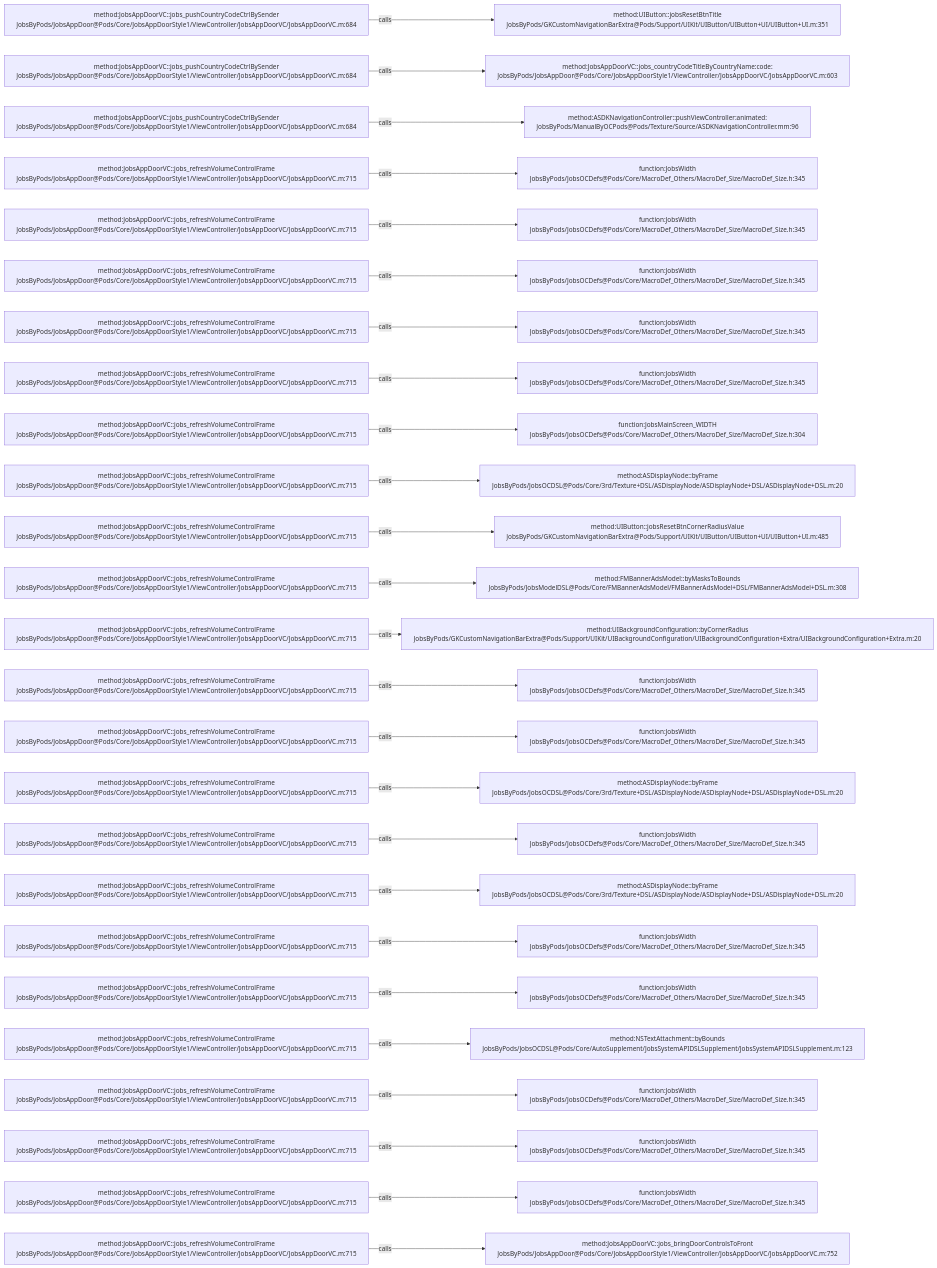
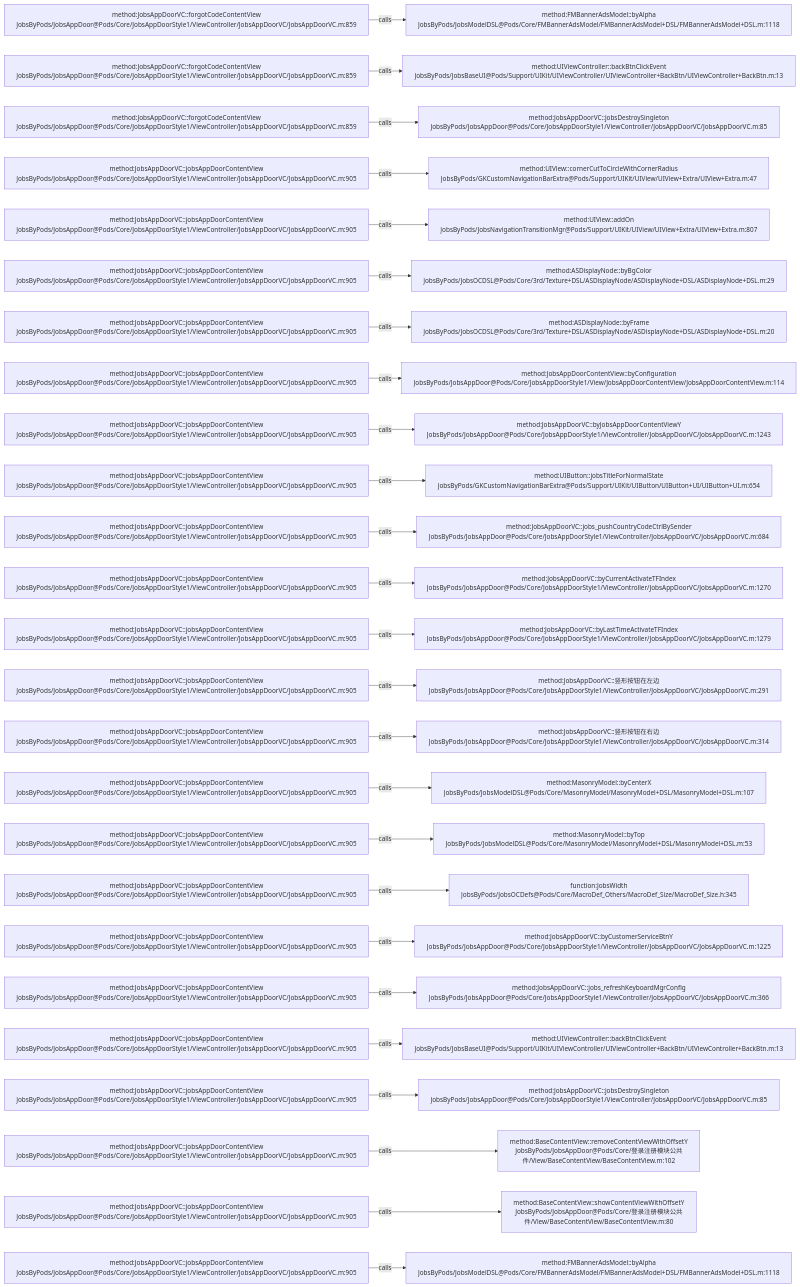
Before and after one commit to JobsKits/JobsOCBaseConfigDemo: the diagram in .codegraph/codegraph.md/graphs/calls-112.md, drawn with Mermaid. The commit also changed 223 other files, not shown here.

````diff
--- a/.codegraph/codegraph.md/graphs/calls-112.md
+++ b/.codegraph/codegraph.md/graphs/calls-112.md
@@ -13,78 +13,78 @@
 ```mermaid
 flowchart LR
-  S1["method:JobsAppDoorVC::jobs_pushCountryCodeCtrlBySender<br/>JobsByPods/JobsAppDoor@Pods/Core/JobsAppDoorStyle1/ViewController/JobsAppDoorVC/JobsAppDoorVC.m:684"]
-  T1["method:UIButton::jobsResetBtnTitle<br/>JobsByPods/GKCustomNavigationBarExtra@Pods/Support/UIKit/UIButton/UIButton+UI/UIButton+UI.m:351"]
+  S1["method:JobsAppDoorVC::forgotCodeContentView<br/>JobsByPods/JobsAppDoor@Pods/Core/JobsAppDoorStyle1/ViewController/JobsAppDoorVC/JobsAppDoorVC.m:859"]
+  T1["method:FMBannerAdsModel::byAlpha<br/>JobsByPods/JobsModelDSL@Pods/Core/FMBannerAdsModel/FMBannerAdsModel+DSL/FMBannerAdsModel+DSL.m:1118"]
   S1 -->|calls| T1
-  S2["method:JobsAppDoorVC::jobs_pushCountryCodeCtrlBySender<br/>JobsByPods/JobsAppDoor@Pods/Core/JobsAppDoorStyle1/ViewController/JobsAppDoorVC/JobsAppDoorVC.m:684"]
-  T2["method:JobsAppDoorVC::jobs_countryCodeTitleByCountryName:code:<br/>JobsByPods/JobsAppDoor@Pods/Core/JobsAppDoorStyle1/ViewController/JobsAppDoorVC/JobsAppDoorVC.m:603"]
+  S2["method:JobsAppDoorVC::forgotCodeContentView<br/>JobsByPods/JobsAppDoor@Pods/Core/JobsAppDoorStyle1/ViewController/JobsAppDoorVC/JobsAppDoorVC.m:859"]
+  T2["method:UIViewController::backBtnClickEvent<br/>JobsByPods/JobsBaseUI@Pods/Support/UIKit/UIViewController/UIViewController+BackBtn/UIViewController+BackBtn.m:13"]
   S2 -->|calls| T2
-  S3["method:JobsAppDoorVC::jobs_pushCountryCodeCtrlBySender<br/>JobsByPods/JobsAppDoor@Pods/Core/JobsAppDoorStyle1/ViewController/JobsAppDoorVC/JobsAppDoorVC.m:684"]
-  T3["method:ASDKNavigationController::pushViewController:animated:<br/>JobsByPods/ManualByOCPods@Pods/Texture/Source/ASDKNavigationController.mm:96"]
+  S3["method:JobsAppDoorVC::forgotCodeContentView<br/>JobsByPods/JobsAppDoor@Pods/Core/JobsAppDoorStyle1/ViewController/JobsAppDoorVC/JobsAppDoorVC.m:859"]
+  T3["method:JobsAppDoorVC::jobsDestroySingleton<br/>JobsByPods/JobsAppDoor@Pods/Core/JobsAppDoorStyle1/ViewController/JobsAppDoorVC/JobsAppDoorVC.m:85"]
   S3 -->|calls| T3
-  S4["method:JobsAppDoorVC::jobs_refreshVolumeControlFrame<br/>JobsByPods/JobsAppDoor@Pods/Core/JobsAppDoorStyle1/ViewController/JobsAppDoorVC/JobsAppDoorVC.m:715"]
-  T4["function:JobsWidth<br/>JobsByPods/JobsOCDefs@Pods/Core/MacroDef_Others/MacroDef_Size/MacroDef_Size.h:345"]
+  S4["method:JobsAppDoorVC::jobsAppDoorContentView<br/>JobsByPods/JobsAppDoor@Pods/Core/JobsAppDoorStyle1/ViewController/JobsAppDoorVC/JobsAppDoorVC.m:905"]
+  T4["method:UIView::cornerCutToCircleWithCornerRadius<br/>JobsByPods/GKCustomNavigationBarExtra@Pods/Support/UIKit/UIView/UIView+Extra/UIView+Extra.m:47"]
   S4 -->|calls| T4
-  S5["method:JobsAppDoorVC::jobs_refreshVolumeControlFrame<br/>JobsByPods/JobsAppDoor@Pods/Core/JobsAppDoorStyle1/ViewController/JobsAppDoorVC/JobsAppDoorVC.m:715"]
-  T5["function:JobsWidth<br/>JobsByPods/JobsOCDefs@Pods/Core/MacroDef_Others/MacroDef_Size/MacroDef_Size.h:345"]
+  S5["method:JobsAppDoorVC::jobsAppDoorContentView<br/>JobsByPods/JobsAppDoor@Pods/Core/JobsAppDoorStyle1/ViewController/JobsAppDoorVC/JobsAppDoorVC.m:905"]
+  T5["method:UIView::addOn<br/>JobsByPods/JobsNavigationTransitionMgr@Pods/Support/UIKit/UIView/UIView+Extra/UIView+Extra.m:807"]
   S5 -->|calls| T5
-  S6["method:JobsAppDoorVC::jobs_refreshVolumeControlFrame<br/>JobsByPods/JobsAppDoor@Pods/Core/JobsAppDoorStyle1/ViewController/JobsAppDoorVC/JobsAppDoorVC.m:715"]
-  T6["function:JobsWidth<br/>JobsByPods/JobsOCDefs@Pods/Core/MacroDef_Others/MacroDef_Size/MacroDef_Size.h:345"]
+  S6["method:JobsAppDoorVC::jobsAppDoorContentView<br/>JobsByPods/JobsAppDoor@Pods/Core/JobsAppDoorStyle1/ViewController/JobsAppDoorVC/JobsAppDoorVC.m:905"]
+  T6["method:ASDisplayNode::byBgColor<br/>JobsByPods/JobsOCDSL@Pods/Core/3rd/Texture+DSL/ASDisplayNode/ASDisplayNode+DSL/ASDisplayNode+DSL.m:29"]
   S6 -->|calls| T6
-  S7["method:JobsAppDoorVC::jobs_refreshVolumeControlFrame<br/>JobsByPods/JobsAppDoor@Pods/Core/JobsAppDoorStyle1/ViewController/JobsAppDoorVC/JobsAppDoorVC.m:715"]
-  T7["function:JobsWidth<br/>JobsByPods/JobsOCDefs@Pods/Core/MacroDef_Others/MacroDef_Size/MacroDef_Size.h:345"]
+  S7["method:JobsAppDoorVC::jobsAppDoorContentView<br/>JobsByPods/JobsAppDoor@Pods/Core/JobsAppDoorStyle1/ViewController/JobsAppDoorVC/JobsAppDoorVC.m:905"]
+  T7["method:ASDisplayNode::byFrame<br/>JobsByPods/JobsOCDSL@Pods/Core/3rd/Texture+DSL/ASDisplayNode/ASDisplayNode+DSL/ASDisplayNode+DSL.m:20"]
   S7 -->|calls| T7
-  S8["method:JobsAppDoorVC::jobs_refreshVolumeControlFrame<br/>JobsByPods/JobsAppDoor@Pods/Core/JobsAppDoorStyle1/ViewController/JobsAppDoorVC/JobsAppDoorVC.m:715"]
-  T8["function:JobsWidth<br/>JobsByPods/JobsOCDefs@Pods/Core/MacroDef_Others/MacroDef_Size/MacroDef_Size.h:345"]
+  S8["method:JobsAppDoorVC::jobsAppDoorContentView<br/>JobsByPods/JobsAppDoor@Pods/Core/JobsAppDoorStyle1/ViewController/JobsAppDoorVC/JobsAppDoorVC.m:905"]
+  T8["method:JobsAppDoorContentView::byConfiguration<br/>JobsByPods/JobsAppDoor@Pods/Core/JobsAppDoorStyle1/View/JobsAppDoorContentView/JobsAppDoorContentView.m:114"]
   S8 -->|calls| T8
-  S9["method:JobsAppDoorVC::jobs_refreshVolumeControlFrame<br/>JobsByPods/JobsAppDoor@Pods/Core/JobsAppDoorStyle1/ViewController/JobsAppDoorVC/JobsAppDoorVC.m:715"]
-  T9["function:JobsMainScreen_WIDTH<br/>JobsByPods/JobsOCDefs@Pods/Core/MacroDef_Others/MacroDef_Size/MacroDef_Size.h:304"]
+  S9["method:JobsAppDoorVC::jobsAppDoorContentView<br/>JobsByPods/JobsAppDoor@Pods/Core/JobsAppDoorStyle1/ViewController/JobsAppDoorVC/JobsAppDoorVC.m:905"]
+  T9["method:JobsAppDoorVC::byJobsAppDoorContentViewY<br/>JobsByPods/JobsAppDoor@Pods/Core/JobsAppDoorStyle1/ViewController/JobsAppDoorVC/JobsAppDoorVC.m:1243"]
   S9 -->|calls| T9
-  S10["method:JobsAppDoorVC::jobs_refreshVolumeControlFrame<br/>JobsByPods/JobsAppDoor@Pods/Core/JobsAppDoorStyle1/ViewController/JobsAppDoorVC/JobsAppDoorVC.m:715"]
-  T10["method:ASDisplayNode::byFrame<br/>JobsByPods/JobsOCDSL@Pods/Core/3rd/Texture+DSL/ASDisplayNode/ASDisplayNode+DSL/ASDisplayNode+DSL.m:20"]
+  S10["method:JobsAppDoorVC::jobsAppDoorContentView<br/>JobsByPods/JobsAppDoor@Pods/Core/JobsAppDoorStyle1/ViewController/JobsAppDoorVC/JobsAppDoorVC.m:905"]
+  T10["method:UIButton::jobsTitleForNormalState<br/>JobsByPods/GKCustomNavigationBarExtra@Pods/Support/UIKit/UIButton/UIButton+UI/UIButton+UI.m:654"]
   S10 -->|calls| T10
-  S11["method:JobsAppDoorVC::jobs_refreshVolumeControlFrame<br/>JobsByPods/JobsAppDoor@Pods/Core/JobsAppDoorStyle1/ViewController/JobsAppDoorVC/JobsAppDoorVC.m:715"]
-  T11["method:UIButton::jobsResetBtnCornerRadiusValue<br/>JobsByPods/GKCustomNavigationBarExtra@Pods/Support/UIKit/UIButton/UIButton+UI/UIButton+UI.m:485"]
+  S11["method:JobsAppDoorVC::jobsAppDoorContentView<br/>JobsByPods/JobsAppDoor@Pods/Core/JobsAppDoorStyle1/ViewController/JobsAppDoorVC/JobsAppDoorVC.m:905"]
+  T11["method:JobsAppDoorVC::jobs_pushCountryCodeCtrlBySender<br/>JobsByPods/JobsAppDoor@Pods/Core/JobsAppDoorStyle1/ViewController/JobsAppDoorVC/JobsAppDoorVC.m:684"]
   S11 -->|calls| T11
-  S12["method:JobsAppDoorVC::jobs_refreshVolumeControlFrame<br/>JobsByPods/JobsAppDoor@Pods/Core/JobsAppDoorStyle1/ViewController/JobsAppDoorVC/JobsAppDoorVC.m:715"]
-  T12["method:FMBannerAdsModel::byMasksToBounds<br/>JobsByPods/JobsModelDSL@Pods/Core/FMBannerAdsModel/FMBannerAdsModel+DSL/FMBannerAdsModel+DSL.m:308"]
+  S12["method:JobsAppDoorVC::jobsAppDoorContentView<br/>JobsByPods/JobsAppDoor@Pods/Core/JobsAppDoorStyle1/ViewController/JobsAppDoorVC/JobsAppDoorVC.m:905"]
+  T12["method:JobsAppDoorVC::byCurrentActivateTFIndex<br/>JobsByPods/JobsAppDoor@Pods/Core/JobsAppDoorStyle1/ViewController/JobsAppDoorVC/JobsAppDoorVC.m:1270"]
   S12 -->|calls| T12
-  S13["method:JobsAppDoorVC::jobs_refreshVolumeControlFrame<br/>JobsByPods/JobsAppDoor@Pods/Core/JobsAppDoorStyle1/ViewController/JobsAppDoorVC/JobsAppDoorVC.m:715"]
-  T13["method:UIBackgroundConfiguration::byCornerRadius<br/>JobsByPods/GKCustomNavigationBarExtra@Pods/Support/UIKit/UIBackgroundConfiguration/UIBackgroundConfiguration+Extra/UIBackgroundConfiguration+Extra.m:20"]
+  S13["method:JobsAppDoorVC::jobsAppDoorContentView<br/>JobsByPods/JobsAppDoor@Pods/Core/JobsAppDoorStyle1/ViewController/JobsAppDoorVC/JobsAppDoorVC.m:905"]
+  T13["method:JobsAppDoorVC::byLastTimeActivateTFIndex<br/>JobsByPods/JobsAppDoor@Pods/Core/JobsAppDoorStyle1/ViewController/JobsAppDoorVC/JobsAppDoorVC.m:1279"]
   S13 -->|calls| T13
-  S14["method:JobsAppDoorVC::jobs_refreshVolumeControlFrame<br/>JobsByPods/JobsAppDoor@Pods/Core/JobsAppDoorStyle1/ViewController/JobsAppDoorVC/JobsAppDoorVC.m:715"]
-  T14["function:JobsWidth<br/>JobsByPods/JobsOCDefs@Pods/Core/MacroDef_Others/MacroDef_Size/MacroDef_Size.h:345"]
+  S14["method:JobsAppDoorVC::jobsAppDoorContentView<br/>JobsByPods/JobsAppDoor@Pods/Core/JobsAppDoorStyle1/ViewController/JobsAppDoorVC/JobsAppDoorVC.m:905"]
+  T14["method:JobsAppDoorVC::竖形按钮在左边<br/>JobsByPods/JobsAppDoor@Pods/Core/JobsAppDoorStyle1/ViewController/JobsAppDoorVC/JobsAppDoorVC.m:291"]
   S14 -->|calls| T14
-  S15["method:JobsAppDoorVC::jobs_refreshVolumeControlFrame<br/>JobsByPods/JobsAppDoor@Pods/Core/JobsAppDoorStyle1/ViewController/JobsAppDoorVC/JobsAppDoorVC.m:715"]
-  T15["function:JobsWidth<br/>JobsByPods/JobsOCDefs@Pods/Core/MacroDef_Others/MacroDef_Size/MacroDef_Size.h:345"]
+  S15["method:JobsAppDoorVC::jobsAppDoorContentView<br/>JobsByPods/JobsAppDoor@Pods/Core/JobsAppDoorStyle1/ViewController/JobsAppDoorVC/JobsAppDoorVC.m:905"]
+  T15["method:JobsAppDoorVC::竖形按钮在右边<br/>JobsByPods/JobsAppDoor@Pods/Core/JobsAppDoorStyle1/ViewController/JobsAppDoorVC/JobsAppDoorVC.m:314"]
   S15 -->|calls| T15
-  S16["method:JobsAppDoorVC::jobs_refreshVolumeControlFrame<br/>JobsByPods/JobsAppDoor@Pods/Core/JobsAppDoorStyle1/ViewController/JobsAppDoorVC/JobsAppDoorVC.m:715"]
-  T16["method:ASDisplayNode::byFrame<br/>JobsByPods/JobsOCDSL@Pods/Core/3rd/Texture+DSL/ASDisplayNode/ASDisplayNode+DSL/ASDisplayNode+DSL.m:20"]
+  S16["method:JobsAppDoorVC::jobsAppDoorContentView<br/>JobsByPods/JobsAppDoor@Pods/Core/JobsAppDoorStyle1/ViewController/JobsAppDoorVC/JobsAppDoorVC.m:905"]
+  T16["method:MasonryModel::byCenterX<br/>JobsByPods/JobsModelDSL@Pods/Core/MasonryModel/MasonryModel+DSL/MasonryModel+DSL.m:107"]
   S16 -->|calls| T16
-  S17["method:JobsAppDoorVC::jobs_refreshVolumeControlFrame<br/>JobsByPods/JobsAppDoor@Pods/Core/JobsAppDoorStyle1/ViewController/JobsAppDoorVC/JobsAppDoorVC.m:715"]
-  T17["function:JobsWidth<br/>JobsByPods/JobsOCDefs@Pods/Core/MacroDef_Others/MacroDef_Size/MacroDef_Size.h:345"]
+  S17["method:JobsAppDoorVC::jobsAppDoorContentView<br/>JobsByPods/JobsAppDoor@Pods/Core/JobsAppDoorStyle1/ViewController/JobsAppDoorVC/JobsAppDoorVC.m:905"]
+  T17["method:MasonryModel::byTop<br/>JobsByPods/JobsModelDSL@Pods/Core/MasonryModel/MasonryModel+DSL/MasonryModel+DSL.m:53"]
   S17 -->|calls| T17
-  S18["method:JobsAppDoorVC::jobs_refreshVolumeControlFrame<br/>JobsByPods/JobsAppDoor@Pods/Core/JobsAppDoorStyle1/ViewController/JobsAppDoorVC/JobsAppDoorVC.m:715"]
-  T18["method:ASDisplayNode::byFrame<br/>JobsByPods/JobsOCDSL@Pods/Core/3rd/Texture+DSL/ASDisplayNode/ASDisplayNode+DSL/ASDisplayNode+DSL.m:20"]
+  S18["method:JobsAppDoorVC::jobsAppDoorContentView<br/>JobsByPods/JobsAppDoor@Pods/Core/JobsAppDoorStyle1/ViewController/JobsAppDoorVC/JobsAppDoorVC.m:905"]
+  T18["function:JobsWidth<br/>JobsByPods/JobsOCDefs@Pods/Core/MacroDef_Others/MacroDef_Size/MacroDef_Size.h:345"]
   S18 -->|calls| T18
-  S19["method:JobsAppDoorVC::jobs_refreshVolumeControlFrame<br/>JobsByPods/JobsAppDoor@Pods/Core/JobsAppDoorStyle1/ViewController/JobsAppDoorVC/JobsAppDoorVC.m:715"]
-  T19["function:JobsWidth<br/>JobsByPods/JobsOCDefs@Pods/Core/MacroDef_Others/MacroDef_Size/MacroDef_Size.h:345"]
+  S19["method:JobsAppDoorVC::jobsAppDoorContentView<br/>JobsByPods/JobsAppDoor@Pods/Core/JobsAppDoorStyle1/ViewController/JobsAppDoorVC/JobsAppDoorVC.m:905"]
+  T19["method:JobsAppDoorVC::byCustomerServiceBtnY<br/>JobsByPods/JobsAppDoor@Pods/Core/JobsAppDoorStyle1/ViewController/JobsAppDoorVC/JobsAppDoorVC.m:1225"]
   S19 -->|calls| T19
-  S20["method:JobsAppDoorVC::jobs_refreshVolumeControlFrame<br/>JobsByPods/JobsAppDoor@Pods/Core/JobsAppDoorStyle1/ViewController/JobsAppDoorVC/JobsAppDoorVC.m:715"]
-  T20["function:JobsWidth<br/>JobsByPods/JobsOCDefs@Pods/Core/MacroDef_Others/MacroDef_Size/MacroDef_Size.h:345"]
+  S20["method:JobsAppDoorVC::jobsAppDoorContentView<br/>JobsByPods/JobsAppDoor@Pods/Core/JobsAppDoorStyle1/ViewController/JobsAppDoorVC/JobsAppDoorVC.m:905"]
+  T20["method:JobsAppDoorVC::jobs_refreshKeyboardMgrConfig<br/>JobsByPods/JobsAppDoor@Pods/Core/JobsAppDoorStyle1/ViewController/JobsAppDoorVC/JobsAppDoorVC.m:366"]
   S20 -->|calls| T20
-  S21["method:JobsAppDoorVC::jobs_refreshVolumeControlFrame<br/>JobsByPods/JobsAppDoor@Pods/Core/JobsAppDoorStyle1/ViewController/JobsAppDoorVC/JobsAppDoorVC.m:715"]
-  T21["method:NSTextAttachment::byBounds<br/>JobsByPods/JobsOCDSL@Pods/Core/AutoSupplement/JobsSystemAPIDSLSupplement/JobsSystemAPIDSLSupplement.m:123"]
+  S21["method:JobsAppDoorVC::jobsAppDoorContentView<br/>JobsByPods/JobsAppDoor@Pods/Core/JobsAppDoorStyle1/ViewController/JobsAppDoorVC/JobsAppDoorVC.m:905"]
+  T21["method:UIViewController::backBtnClickEvent<br/>JobsByPods/JobsBaseUI@Pods/Support/UIKit/UIViewController/UIViewController+BackBtn/UIViewController+BackBtn.m:13"]
   S21 -->|calls| T21
-  S22["method:JobsAppDoorVC::jobs_refreshVolumeControlFrame<br/>JobsByPods/JobsAppDoor@Pods/Core/JobsAppDoorStyle1/ViewController/JobsAppDoorVC/JobsAppDoorVC.m:715"]
-  T22["function:JobsWidth<br/>JobsByPods/JobsOCDefs@Pods/Core/MacroDef_Others/MacroDef_Size/MacroDef_Size.h:345"]
+  S22["method:JobsAppDoorVC::jobsAppDoorContentView<br/>JobsByPods/JobsAppDoor@Pods/Core/JobsAppDoorStyle1/ViewController/JobsAppDoorVC/JobsAppDoorVC.m:905"]
+  T22["method:JobsAppDoorVC::jobsDestroySingleton<br/>JobsByPods/JobsAppDoor@Pods/Core/JobsAppDoorStyle1/ViewController/JobsAppDoorVC/JobsAppDoorVC.m:85"]
   S22 -->|calls| T22
-  S23["method:JobsAppDoorVC::jobs_refreshVolumeControlFrame<br/>JobsByPods/JobsAppDoor@Pods/Core/JobsAppDoorStyle1/ViewController/JobsAppDoorVC/JobsAppDoorVC.m:715"]
-  T23["function:JobsWidth<br/>JobsByPods/JobsOCDefs@Pods/Core/MacroDef_Others/MacroDef_Size/MacroDef_Size.h:345"]
+  S23["method:JobsAppDoorVC::jobsAppDoorContentView<br/>JobsByPods/JobsAppDoor@Pods/Core/JobsAppDoorStyle1/ViewController/JobsAppDoorVC/JobsAppDoorVC.m:905"]
+  T23["method:BaseContentView::removeContentViewWithOffsetY<br/>JobsByPods/JobsAppDoor@Pods/Core/登录注册模块公共件/View/BaseContentView/BaseContentView.m:102"]
   S23 -->|calls| T23
-  S24["method:JobsAppDoorVC::jobs_refreshVolumeControlFrame<br/>JobsByPods/JobsAppDoor@Pods/Core/JobsAppDoorStyle1/ViewController/JobsAppDoorVC/JobsAppDoorVC.m:715"]
-  T24["function:JobsWidth<br/>JobsByPods/JobsOCDefs@Pods/Core/MacroDef_Others/MacroDef_Size/MacroDef_Size.h:345"]
+  S24["method:JobsAppDoorVC::jobsAppDoorContentView<br/>JobsByPods/JobsAppDoor@Pods/Core/JobsAppDoorStyle1/ViewController/JobsAppDoorVC/JobsAppDoorVC.m:905"]
+  T24["method:BaseContentView::showContentViewWithOffsetY<br/>JobsByPods/JobsAppDoor@Pods/Core/登录注册模块公共件/View/BaseContentView/BaseContentView.m:80"]
   S24 -->|calls| T24
-  S25["method:JobsAppDoorVC::jobs_refreshVolumeControlFrame<br/>JobsByPods/JobsAppDoor@Pods/Core/JobsAppDoorStyle1/ViewController/JobsAppDoorVC/JobsAppDoorVC.m:715"]
-  T25["method:JobsAppDoorVC::jobs_bringDoorControlsToFront<br/>JobsByPods/JobsAppDoor@Pods/Core/JobsAppDoorStyle1/ViewController/JobsAppDoorVC/JobsAppDoorVC.m:752"]
+  S25["method:JobsAppDoorVC::jobsAppDoorContentView<br/>JobsByPods/JobsAppDoor@Pods/Core/JobsAppDoorStyle1/ViewController/JobsAppDoorVC/JobsAppDoorVC.m:905"]
+  T25["method:FMBannerAdsModel::byAlpha<br/>JobsByPods/JobsModelDSL@Pods/Core/FMBannerAdsModel/FMBannerAdsModel+DSL/FMBannerAdsModel+DSL.m:1118"]
   S25 -->|calls| T25
 ```
````
